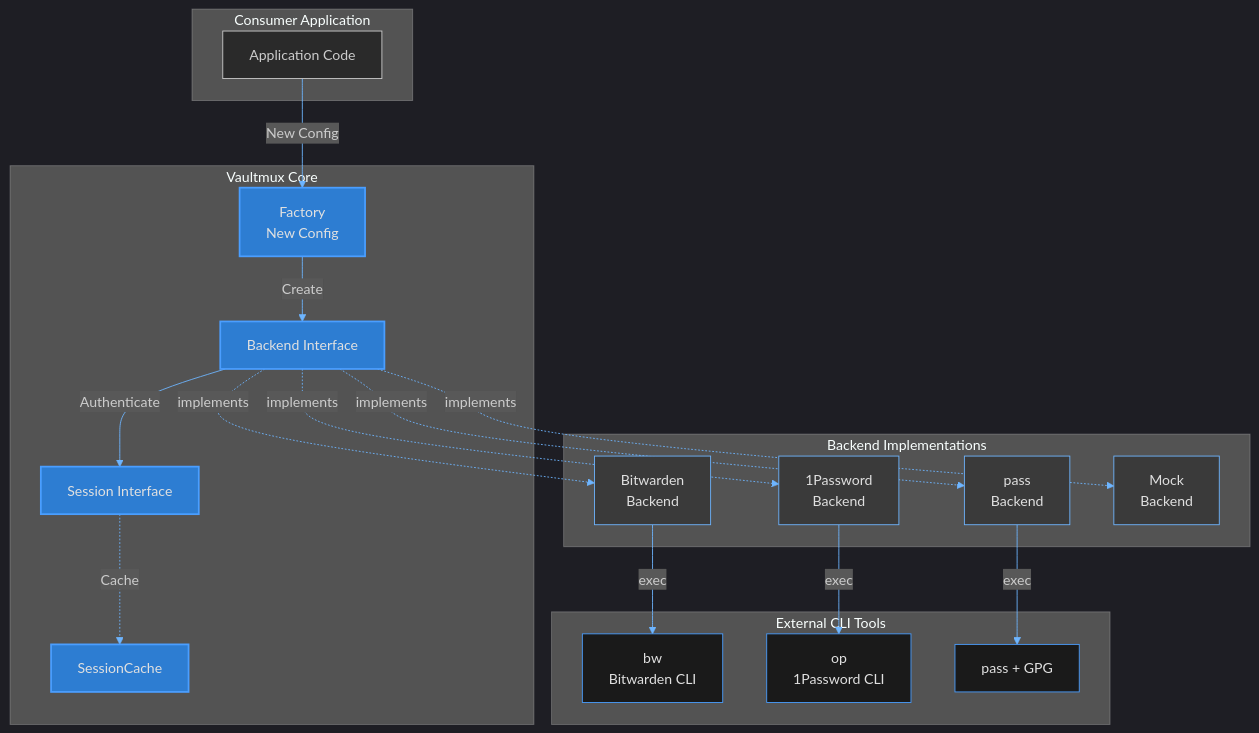
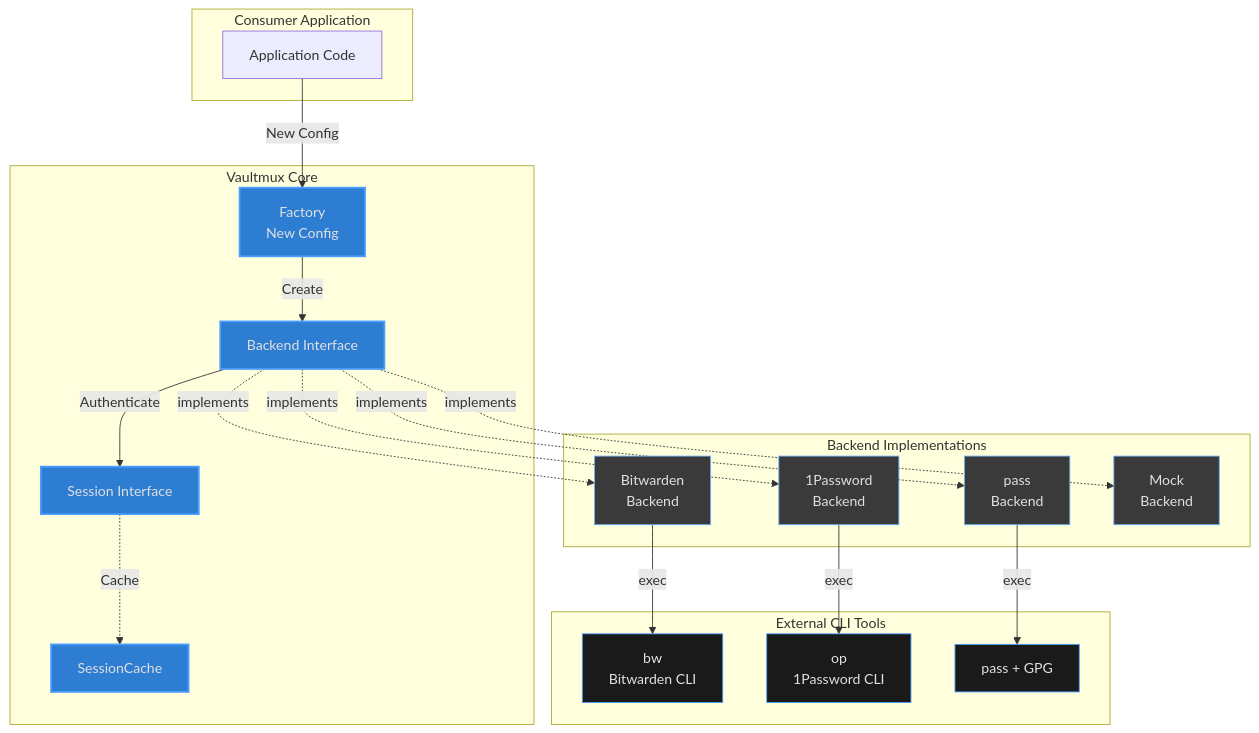
One commit to blackwell-systems/vaultmux changed the first of 11 diagrams in docs/ARCHITECTURE.md. Above: the diagram before and after it, drawn with Mermaid. The commit also changed other lines of this file and 1 other file, not shown here.

First line of the commit message:
fix: Remove inline mermaid theme config to fix diagram rendering

````diff
--- a/docs/ARCHITECTURE.md
+++ b/docs/ARCHITECTURE.md
@@ -101,49 +101,48 @@
 ```mermaid
-%%{init: {'theme':'dark', 'themeVariables': { 'primaryColor':'#4a9eff','primaryTextColor':'#e0e0e0','primaryBorderColor':'#4a9eff','lineColor':'#6eb5ff','secondaryColor':'#2d7dd2','tertiaryColor':'#3a3a3a','background':'#1a1a1a','mainBkg':'#2a2a2a','secondBkg':'#3a3a3a'}}}%%
 graph TB
     subgraph Consumer["Consumer Application"]
         App[Application Code]
     end
 
     subgraph VaultmuxCore["Vaultmux Core"]
         Factory[Factory<br/>New Config]
         Backend[Backend Interface]
         Session[Session Interface]
         Cache[SessionCache]
     end
 
     subgraph Backends["Backend Implementations"]
         BW[Bitwarden<br/>Backend]
         OP[1Password<br/>Backend]
         Pass[pass<br/>Backend]
         Mock[Mock<br/>Backend]
     end
 
     subgraph CLI["External CLI Tools"]
         BWCLI[bw<br/>Bitwarden CLI]
         OPCLI[op<br/>1Password CLI]
         PassCLI[pass + GPG]
     end
 
     App -->|New Config| Factory
     Factory -->|Create| Backend
     Backend -->|Authenticate| Session
     Session -.->|Cache| Cache
 
     Backend -.->|implements| BW
     Backend -.->|implements| OP
     Backend -.->|implements| Pass
     Backend -.->|implements| Mock
 
     BW -->|exec| BWCLI
     OP -->|exec| OPCLI
     Pass -->|exec| PassCLI
 
     classDef coreStyle fill:#2d7dd2,stroke:#4a9eff,stroke-width:2px,color:#e0e0e0
     classDef backendStyle fill:#3a3a3a,stroke:#6eb5ff,stroke-width:1px,color:#e0e0e0
     classDef cliStyle fill:#1a1a1a,stroke:#4a9eff,stroke-width:1px,color:#e0e0e0
 
     class Factory,Backend,Session,Cache coreStyle
     class BW,OP,Pass,Mock backendStyle
     class BWCLI,OPCLI,PassCLI cliStyle
 ```
````
